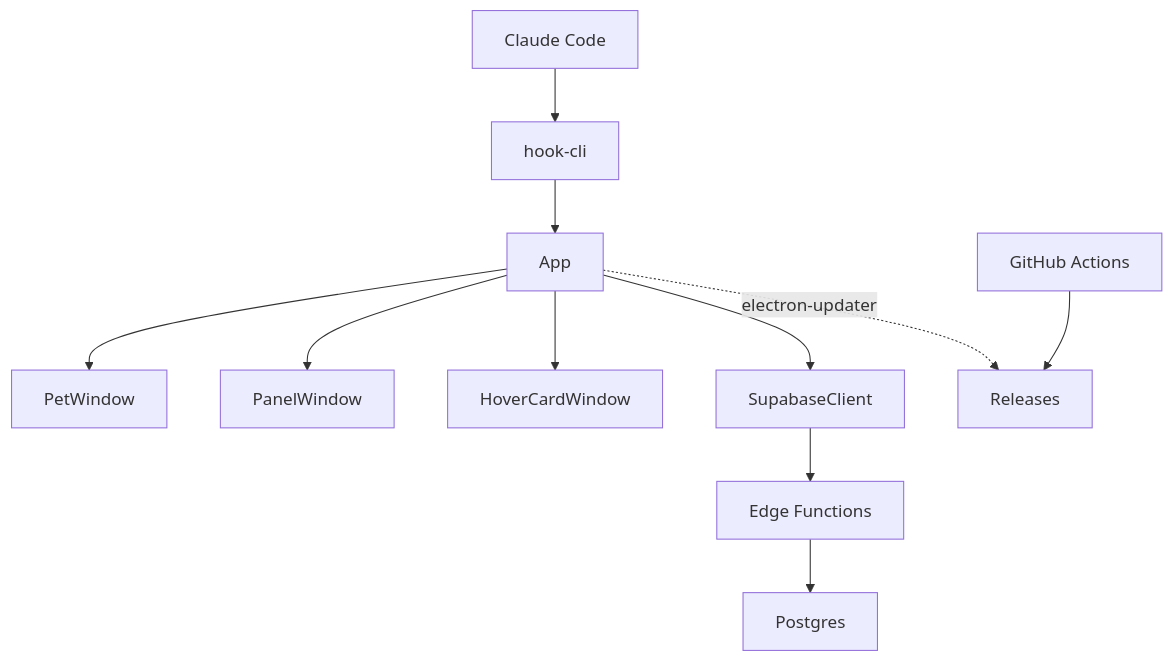
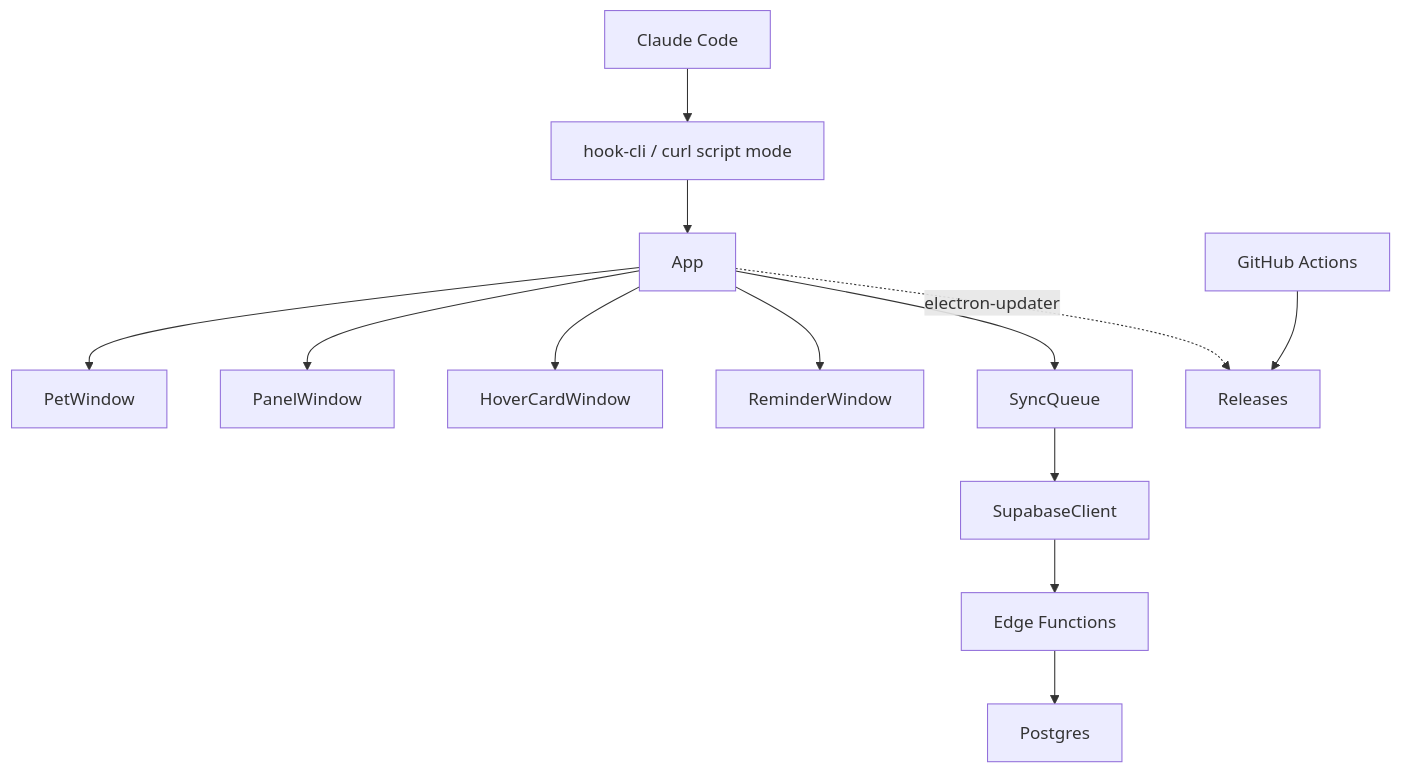
The diagram in docs/architecture/overview.md (IcaruzSoftware/claude-mons), drawn with Mermaid before and after one commit. The commit also changed other lines of this file and 41 other files, not shown here.

````diff
--- a/docs/architecture/overview.md
+++ b/docs/architecture/overview.md
@@ -24,13 +27,15 @@
 ```mermaid
 flowchart TD
-    ClaudeCode[Claude Code] --> hook_cli["hook-cli"]
+    ClaudeCode[Claude Code] --> hook_cli["hook-cli / curl script mode"]
     hook_cli --> App
     App --> PetWindow
     App --> PanelWindow
     App --> HoverCardWindow
-    App --> SupabaseClient
+    App --> ReminderWindow
+    App --> SyncQueue
+    SyncQueue --> SupabaseClient
     SupabaseClient --> EdgeFunctions["Edge Functions"]
     EdgeFunctions --> Postgres
     GitHubActions["GitHub Actions"] --> Releases
     App -.electron-updater.-> Releases
 ```
````
